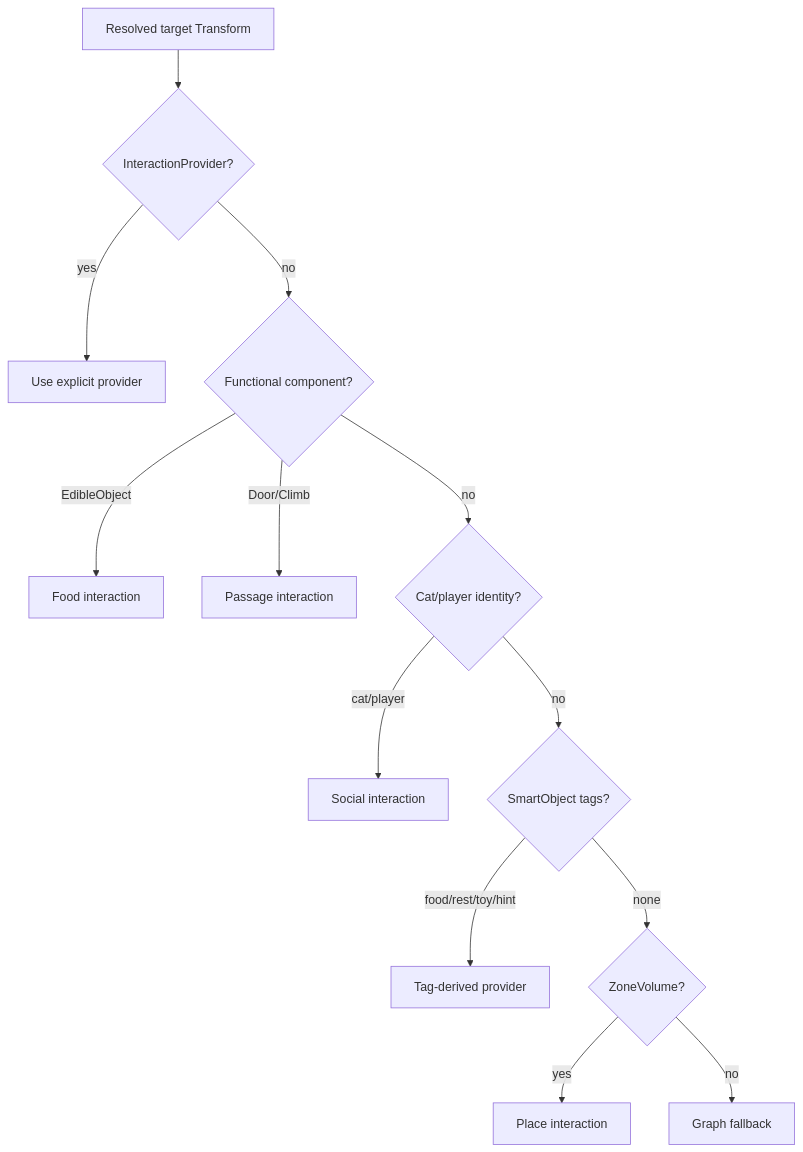
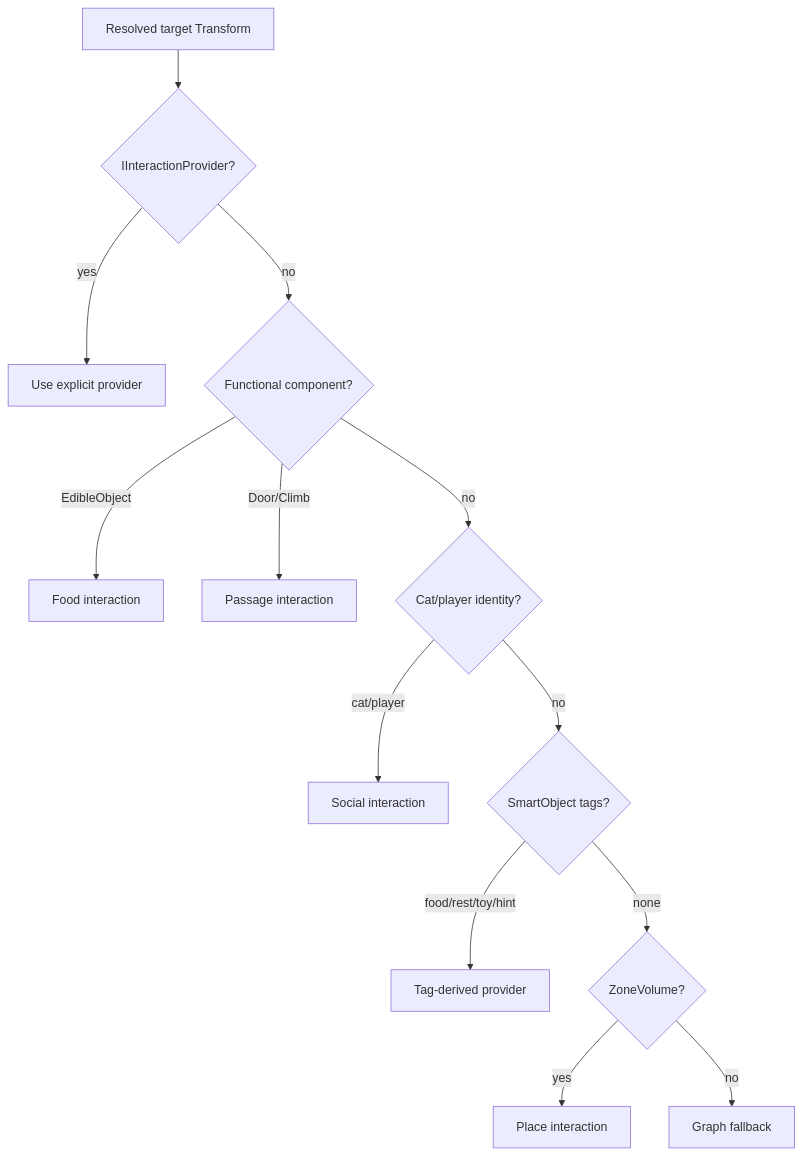
One commit to MewiLab/mewi changed the fourth of 5 diagrams in docs/decisions/ADR-025-world-authored-interaction-fsm.md. Above: the diagram before and after it, drawn with Mermaid. The commit also changed other lines of this file and 16 other files, not shown here.

````diff
--- a/docs/decisions/ADR-025-world-authored-interaction-fsm.md
+++ b/docs/decisions/ADR-025-world-authored-interaction-fsm.md
@@ -255,15 +257,15 @@
 ```mermaid
 flowchart TD
-    Target[Resolved target Transform] --> Explicit{InteractionProvider?}
+    Target[Resolved target Transform] --> Explicit{IInteractionProvider?}
     Explicit -- yes --> Provider[Use explicit provider]
     Explicit -- no --> Functional{Functional component?}
     Functional -- EdibleObject --> Food[Food interaction]
     Functional -- Door/Climb --> Passage[Passage interaction]
     Functional -- no --> Identity{Cat/player identity?}
     Identity -- cat/player --> Social[Social interaction]
     Identity -- no --> Tags{SmartObject tags?}
     Tags -- food/rest/toy/hint --> TagProvider[Tag-derived provider]
     Tags -- none --> Zone{ZoneVolume?}
     Zone -- yes --> Place[Place interaction]
     Zone -- no --> Fallback[Graph fallback]
 ```
````
